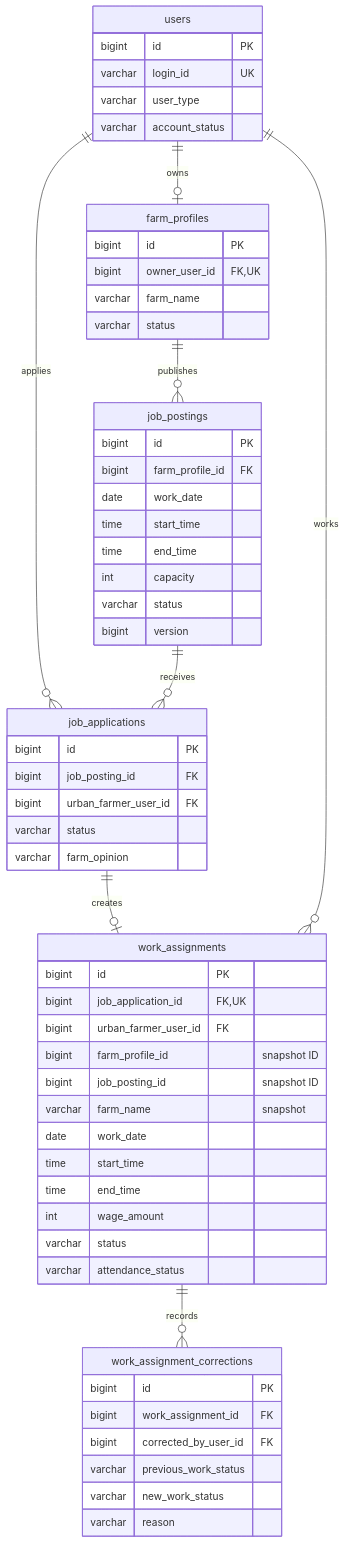
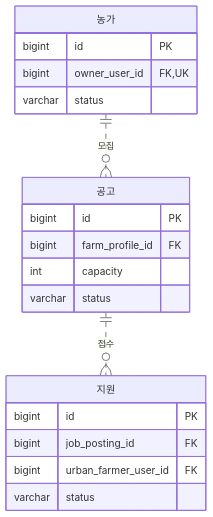
Before and after one commit to ParkChanWoo0321/CityFarmerPlus_BE: the third of 7 diagrams in README.md, drawn with Mermaid. The commit also changed other lines of this file, not shown here.

Commit message:
백엔드 포트폴리오 구성과 Mermaid 가독성 개선

````diff
--- a/README.md
+++ b/README.md
@@ -217,62 +158,23 @@
 ```mermaid
 erDiagram
-    users ||--o| farm_profiles : owns
-    users ||--o{ job_applications : applies
-    farm_profiles ||--o{ job_postings : publishes
-    job_postings ||--o{ job_applications : receives
-    job_applications ||--o| work_assignments : creates
-    users ||--o{ work_assignments : works
-    work_assignments ||--o{ work_assignment_corrections : records
-
-    users {
-        bigint id PK
-        varchar login_id UK
-        varchar user_type
-        varchar account_status
-    }
-    farm_profiles {
+    direction TB
+    farm["농가"] {
         bigint id PK
         bigint owner_user_id FK,UK
-        varchar farm_name
         varchar status
     }
-    job_postings {
+    posting["공고"] {
         bigint id PK
         bigint farm_profile_id FK
-        date work_date
-        time start_time
-        time end_time
         int capacity
         varchar status
-        bigint version
     }
-    job_applications {
+    application["지원"] {
         bigint id PK
         bigint job_posting_id FK
         bigint urban_farmer_user_id FK
         varchar status
-        varchar farm_opinion
     }
-    work_assignments {
-        bigint id PK
-        bigint job_application_id FK,UK
-        bigint urban_farmer_user_id FK
-        bigint farm_profile_id "snapshot ID"
-        bigint job_posting_id "snapshot ID"
-        varchar farm_name "snapshot"
-        date work_date
-        time start_time
-        time end_time
-        int wage_amount
-        varchar status
-        varchar attendance_status
-    }
-    work_assignment_corrections {
-        bigint id PK
-        bigint work_assignment_id FK
-        bigint corrected_by_user_id FK
-        varchar previous_work_status
-        varchar new_work_status
-        varchar reason
-    }
+    farm ||..o{ posting : "모집"
+    posting ||..o{ application : "접수"
 ```
````
